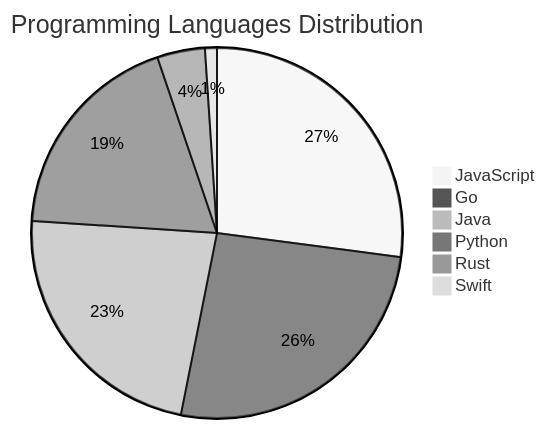
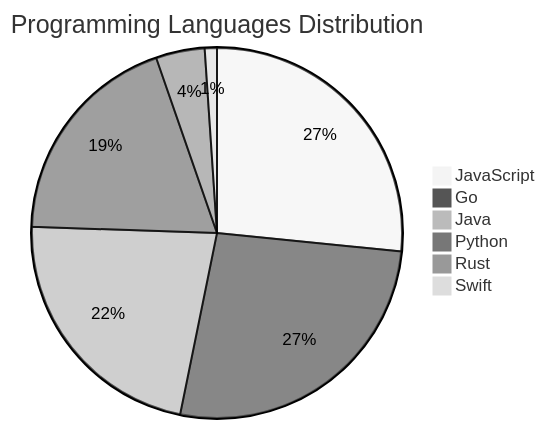
Before and after one commit to Derrick-MUGISHA/github-activity-bot: the diagram in README.md, drawn with Mermaid (neutral theme). The commit also changed other lines of this file and 3 other files, not shown here.

````diff
--- a/README.md
+++ b/README.md
@@ -72,9 +72,9 @@
 ```mermaid
 pie title Programming Languages Distribution
-    "JavaScript" : 26
+    "JavaScript" : 25
     "Go" : 25
-    "Java" : 22
+    "Java" : 21
     "Python" : 18
     "Rust" : 4
     "Swift" : 1
 ```
````
